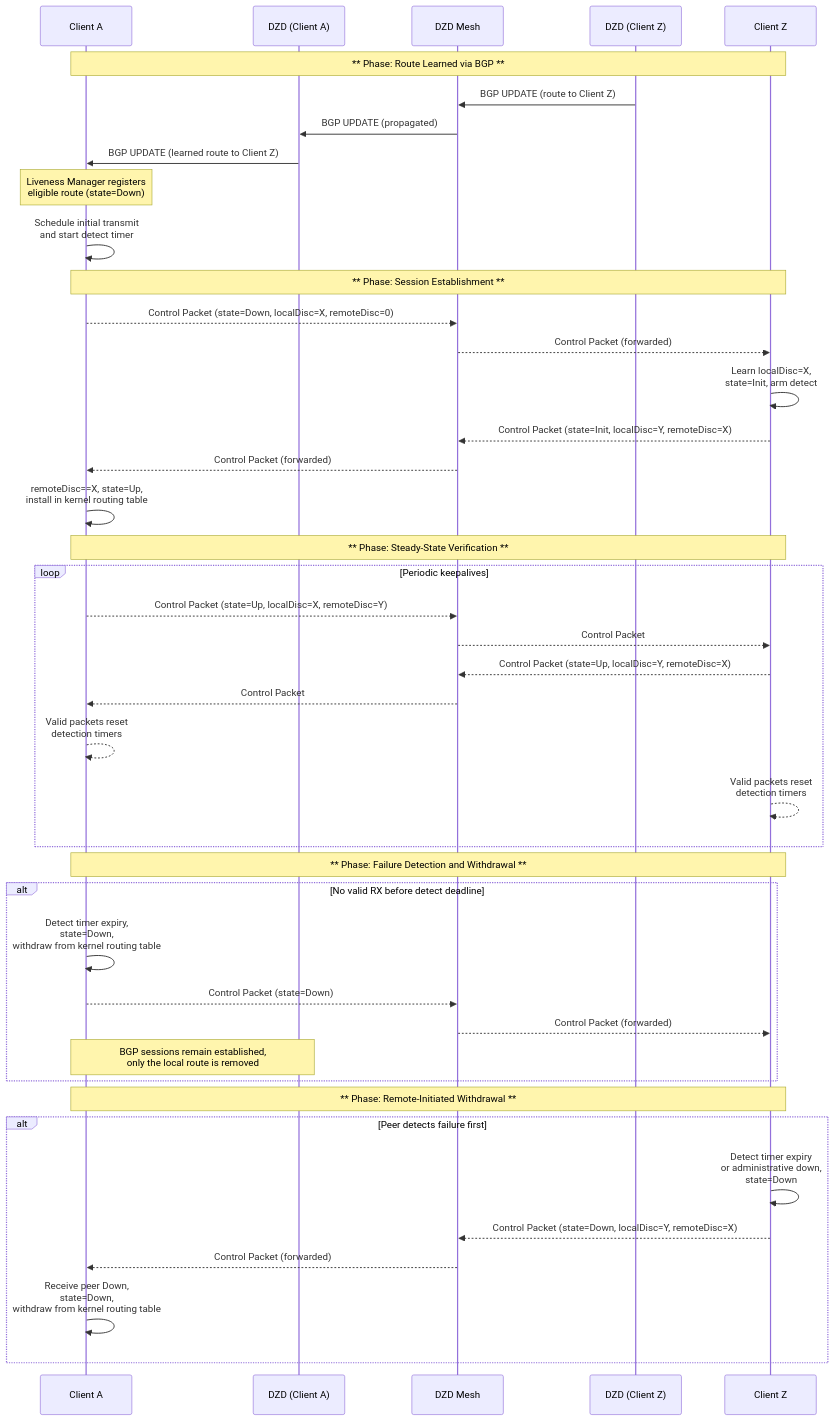
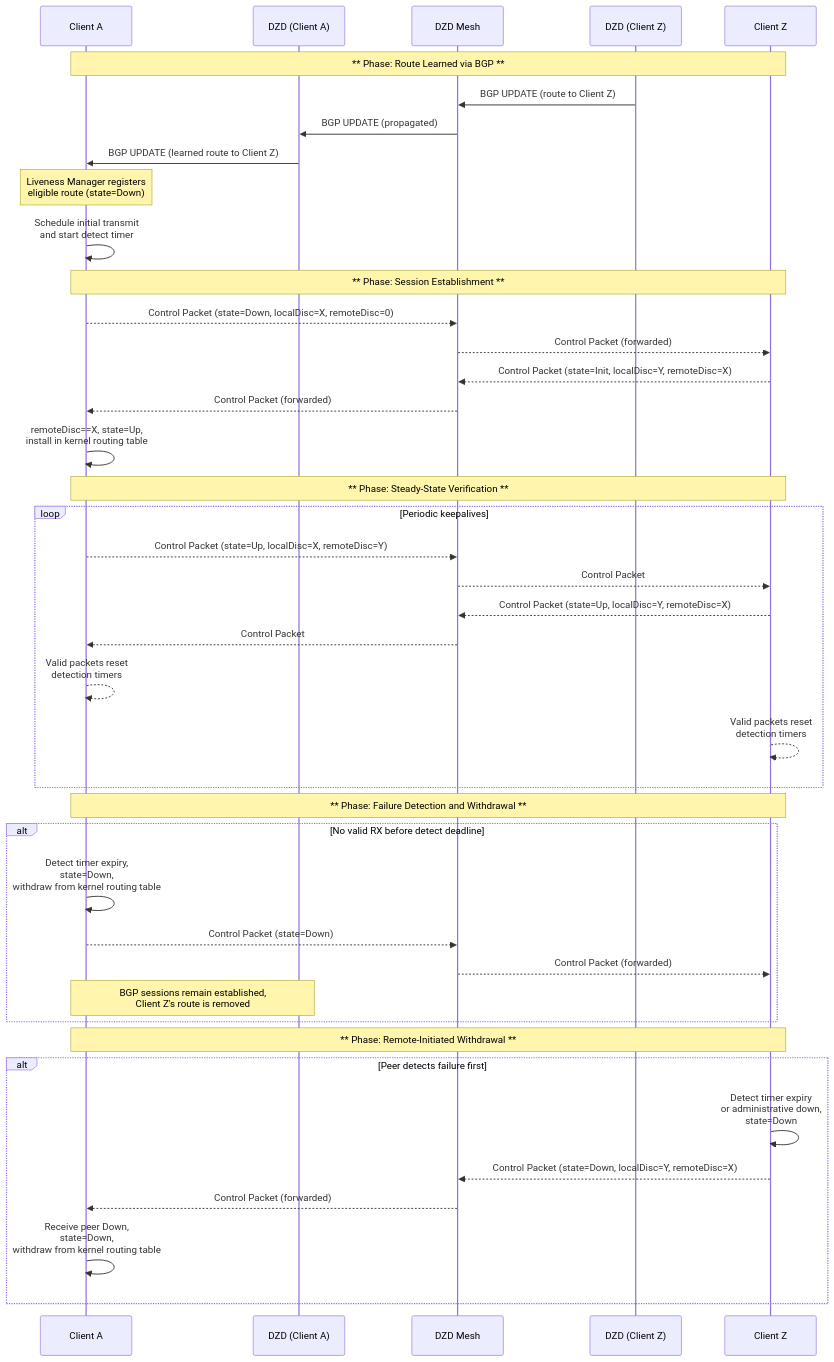
One commit to malbeclabs/doublezero changed the third of 3 diagrams in rfcs/rfc7-client-route-liveness.md. Above: the diagram before and after it, drawn with Mermaid. The commit also changed other lines of this file, not shown here.

Commit message:
rfc: client route liveness / bfd / address review

````diff
--- a/rfcs/rfc7-client-route-liveness.md
+++ b/rfcs/rfc7-client-route-liveness.md
@@ -135,50 +135,49 @@
 ```mermaid
 sequenceDiagram
     participant ClientA as Client A
     participant DZDA as DZD (Client A)
     participant Mesh as DZD Mesh
     participant DZDZ as DZD (Client Z)
     participant ClientZ as Client Z
 
     Note over ClientA,ClientZ: ** Phase: Route Learned via BGP **
     DZDZ->>Mesh: BGP UPDATE (route to Client Z)
     Mesh->>DZDA: BGP UPDATE (propagated)
     DZDA->>ClientA: BGP UPDATE (learned route to Client Z)
     Note over ClientA: Liveness Manager registers<br/>eligible route (state=Down)
     ClientA->>ClientA: Schedule initial transmit<br/>and start detect timer
 
     Note over ClientA,ClientZ: ** Phase: Session Establishment **
     ClientA-->>Mesh: Control Packet (state=Down, localDisc=X, remoteDisc=0)
     Mesh-->>ClientZ: Control Packet (forwarded)
-    ClientZ->>ClientZ: Learn localDisc=X,<br/>state=Init, arm detect
     ClientZ-->>Mesh: Control Packet (state=Init, localDisc=Y, remoteDisc=X)
     Mesh-->>ClientA: Control Packet (forwarded)
     ClientA->>ClientA: remoteDisc==X, state=Up,<br/>install in kernel routing table
 
     Note over ClientA,ClientZ: ** Phase: Steady-State Verification **
     loop Periodic keepalives
         ClientA-->>Mesh: Control Packet (state=Up, localDisc=X, remoteDisc=Y)
         Mesh-->>ClientZ: Control Packet
         ClientZ-->>Mesh: Control Packet (state=Up, localDisc=Y, remoteDisc=X)
         Mesh-->>ClientA: Control Packet
         ClientA-->>ClientA: Valid packets reset<br/>detection timers
         ClientZ-->>ClientZ: Valid packets reset<br/>detection timers
     end
 
     Note over ClientA,ClientZ: ** Phase: Failure Detection and Withdrawal **
     alt No valid RX before detect deadline
         ClientA->>ClientA: Detect timer expiry,<br/>state=Down,<br/>withdraw from kernel routing table
         ClientA-->>Mesh: Control Packet (state=Down)
         Mesh-->>ClientZ: Control Packet (forwarded)
-        Note over ClientA,DZDA: BGP sessions remain established,<br/>only the local route is removed
+        Note over ClientA,DZDA: BGP sessions remain established,<br/>Client Z's route is removed
     end
 
     Note over ClientA,ClientZ: ** Phase: Remote-Initiated Withdrawal **
       alt Peer detects failure first
       ClientZ->>ClientZ: Detect timer expiry<br/>or administrative down,<br/>state=Down
       ClientZ-->>Mesh: Control Packet (state=Down, localDisc=Y, remoteDisc=X)
       Mesh-->>ClientA: Control Packet (forwarded)
       ClientA->>ClientA: Receive peer Down,<br/>state=Down,<br/>withdraw from kernel routing table
     end
 
 ```
````
